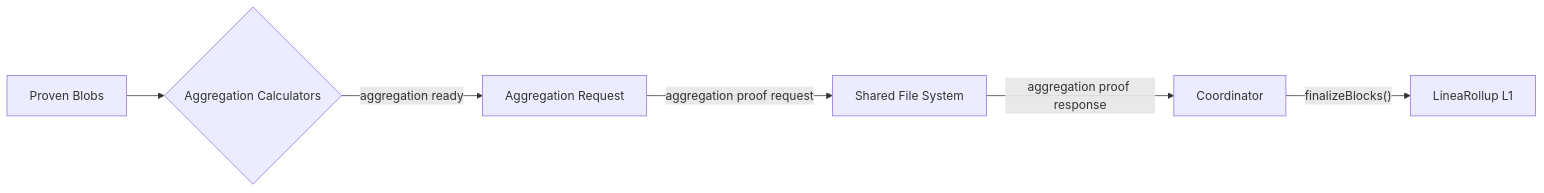
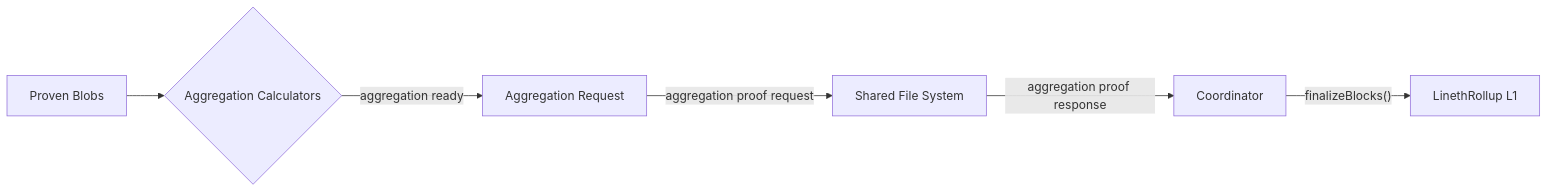
The second of 2 diagrams in docs/features/coordinator.md (LFDT-Lineth/lineth-monorepo), drawn with Mermaid before and after one commit. The commit also changed 248 other files, not shown here.

First line of the commit message:
chore(contracts): rename LineaRollup to LinethRollup

````diff
--- a/docs/features/coordinator.md
+++ b/docs/features/coordinator.md
@@ -64,8 +64,8 @@
 ```mermaid
 flowchart LR
     Blobs[Proven Blobs] --> AC{Aggregation Calculators}
     AC -->|aggregation ready| Agg[Aggregation Request]
     Agg -->|aggregation proof request| FS[Shared File System]
     FS -->|aggregation proof response| Coord[Coordinator]
-    Coord -->|"finalizeBlocks()"| L1[LineaRollup L1]
+    Coord -->|"finalizeBlocks()"| L1[LinethRollup L1]
 ```
````
